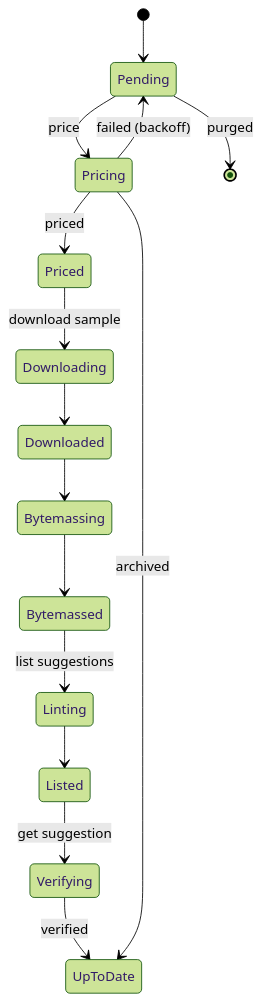
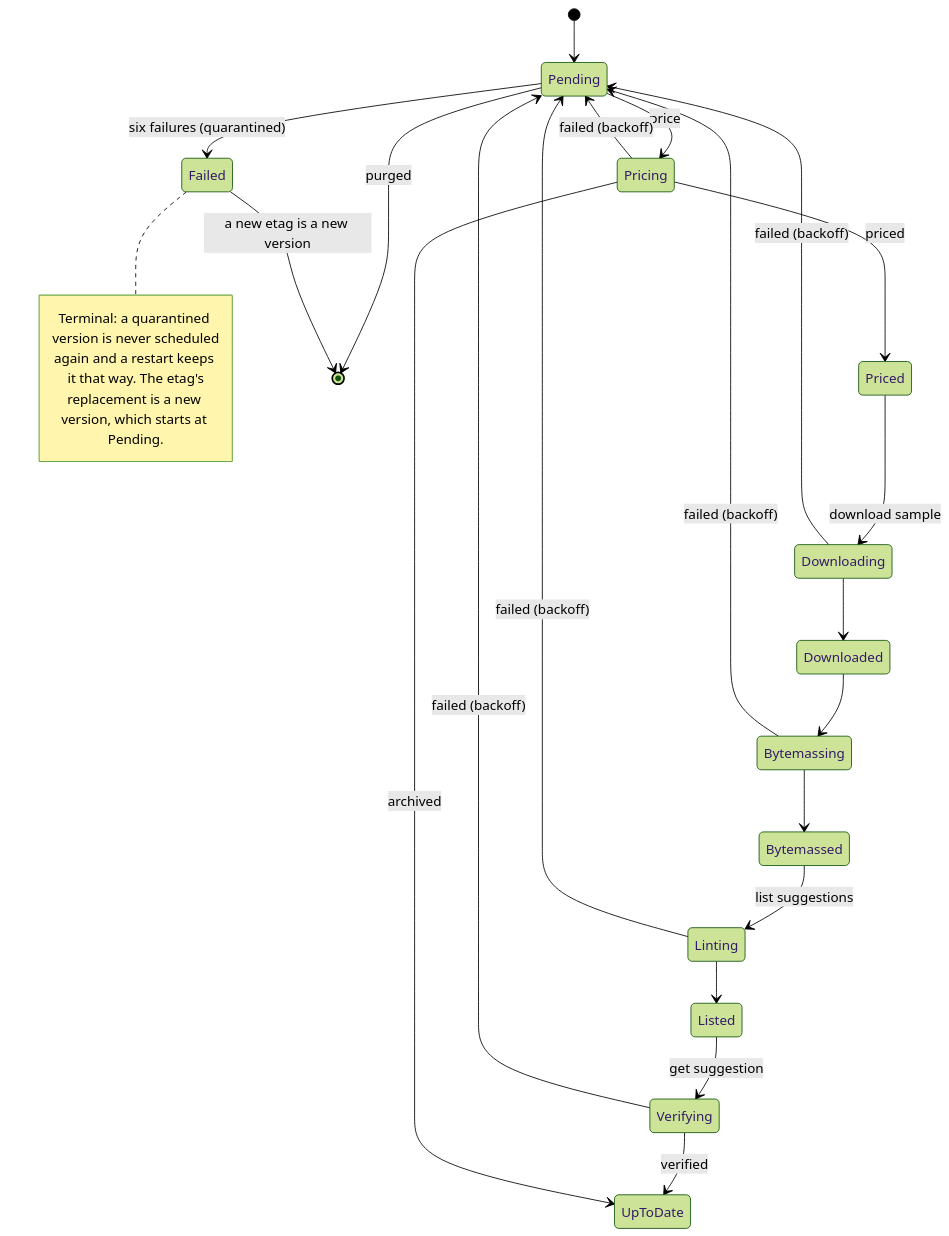
Before and after one commit to pqbench/pqbench: the diagram in docs/concepts/architecture.md, drawn with Mermaid (forest theme). The commit also changed 21 other files, not shown here.

````diff
--- a/docs/concepts/architecture.md
+++ b/docs/concepts/architecture.md
@@ -83,17 +83,28 @@
 ```mermaid
 stateDiagram-v2
     [*] --> Pending
     Pending --> Pricing: price
     Pricing --> Priced: priced
     Priced --> Downloading: download sample
     Downloading --> Downloaded
     Downloaded --> Bytemassing
     Bytemassing --> Bytemassed
     Bytemassed --> Linting: list suggestions
     Linting --> Listed
     Listed --> Verifying: get suggestion
     Verifying --> UpToDate: verified
     Pricing --> UpToDate: archived
     Pricing --> Pending: failed (backoff)
+    Downloading --> Pending: failed (backoff)
+    Bytemassing --> Pending: failed (backoff)
+    Linting --> Pending: failed (backoff)
+    Verifying --> Pending: failed (backoff)
+    Pending --> Failed: six failures (quarantined)
     Pending --> [*]: purged
+    Failed --> [*]: a new etag is a new version
+    note right of Failed
+        Terminal: a quarantined version is never scheduled
+        again and a restart keeps it that way. The etag's
+        replacement is a new version, which starts at Pending.
+    end note
 ```
````
